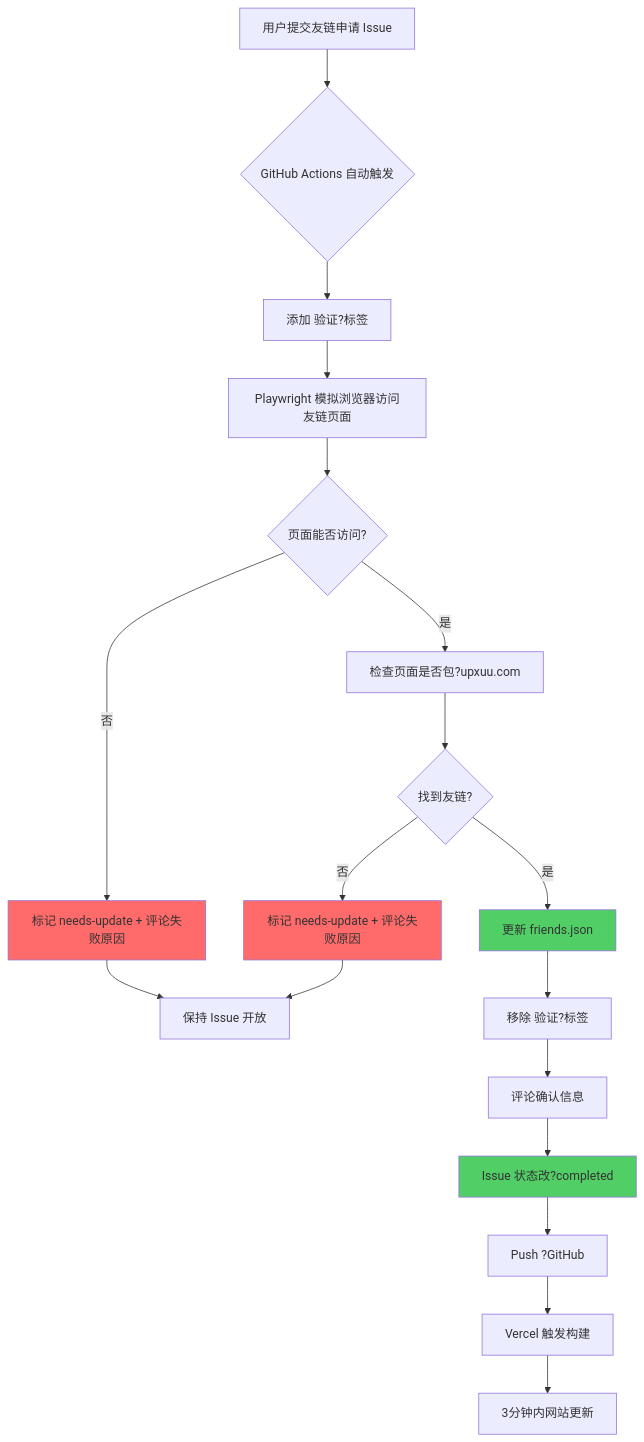
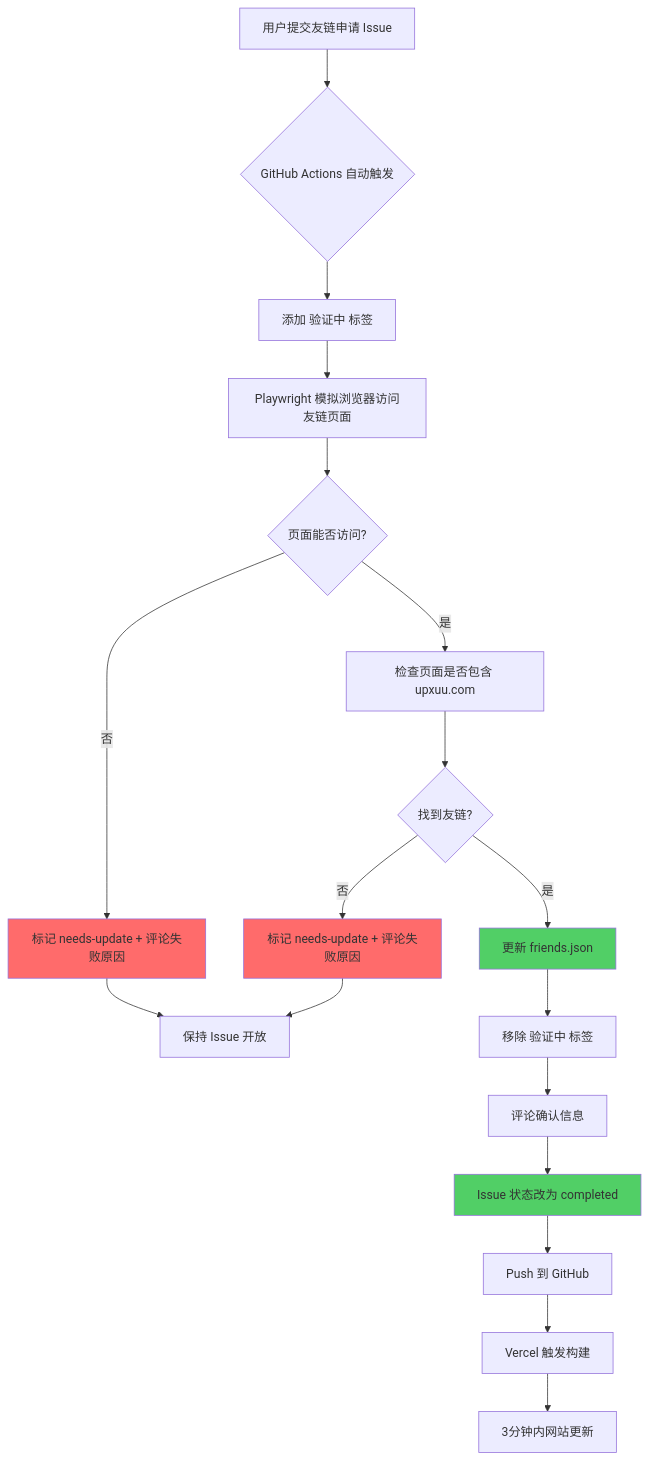
The diagram in src/content/posts/friend-link-system.md (ImUpXuu/xuhome), drawn with Mermaid before and after one commit. The commit also changed other lines of this file and 94 other files, not shown here.

````diff
--- a/src/content/posts/friend-link-system.md
+++ b/src/content/posts/friend-link-system.md
@@ -53,25 +52,25 @@
 ```mermaid
 flowchart TB
     A[用户提交友链申请 Issue] --> B{GitHub Actions 自动触发}
-    B --> C[添加 验证?标签]
+    B --> C[添加 验证中 标签]
     C --> D[Playwright 模拟浏览器访问友链页面]
     D --> E{页面能否访问?}
     E -->|否| F[标记 needs-update + 评论失败原因]
     F --> G[保持 Issue 开放]
-    E -->|是| H[检查页面是否包?upxuu.com]
+    E -->|是| H[检查页面是否包含 upxuu.com]
     H --> I{找到友链?}
     I -->|否| J[标记 needs-update + 评论失败原因]
     J --> G
     I -->|是| K[更新 friends.json]
-    K --> L[移除 验证?标签]
+    K --> L[移除 验证中 标签]
     L --> M[评论确认信息]
-    M --> N[Issue 状态改?completed]
-    N --> O[Push ?GitHub]
+    M --> N[Issue 状态改为 completed]
+    N --> O[Push 到 GitHub]
     O --> P[Vercel 触发构建]
     P --> Q[3分钟内网站更新]
 
     style F fill:#ff6b6b
     style J fill:#ff6b6b
     style K fill:#51cf66
     style N fill:#51cf66
 ```
````
